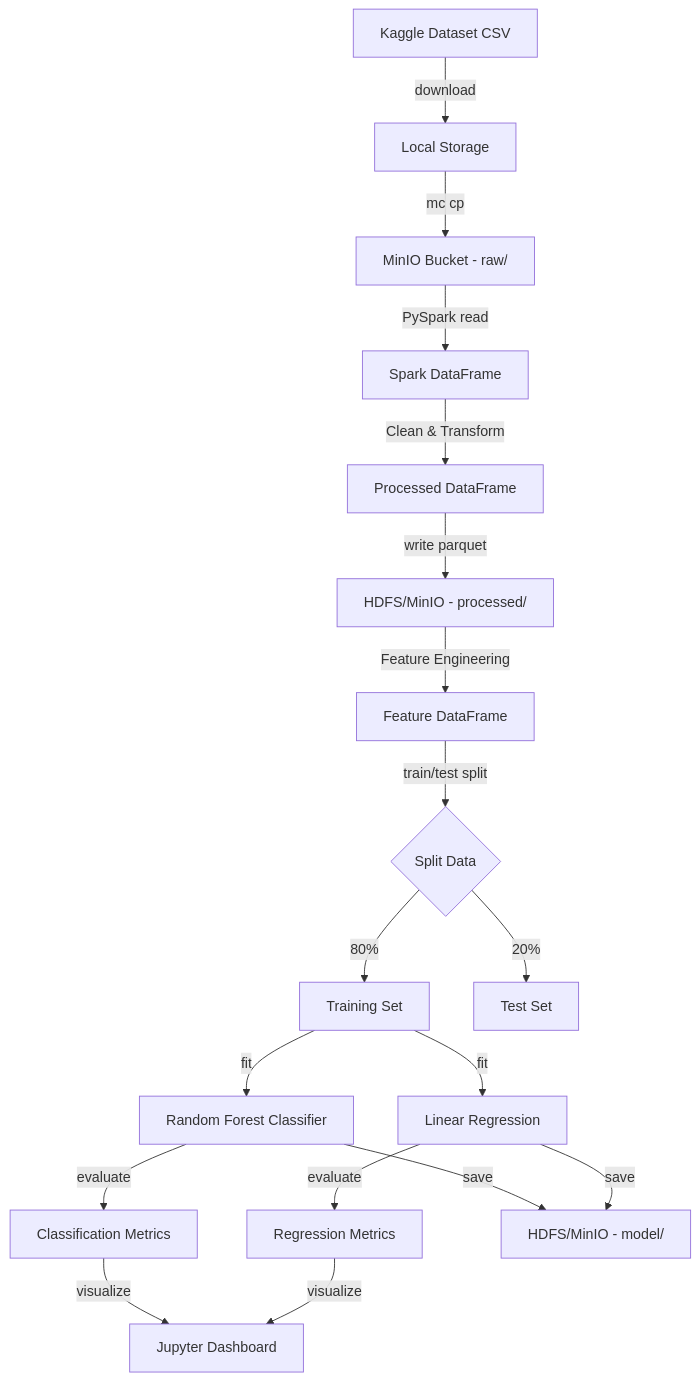
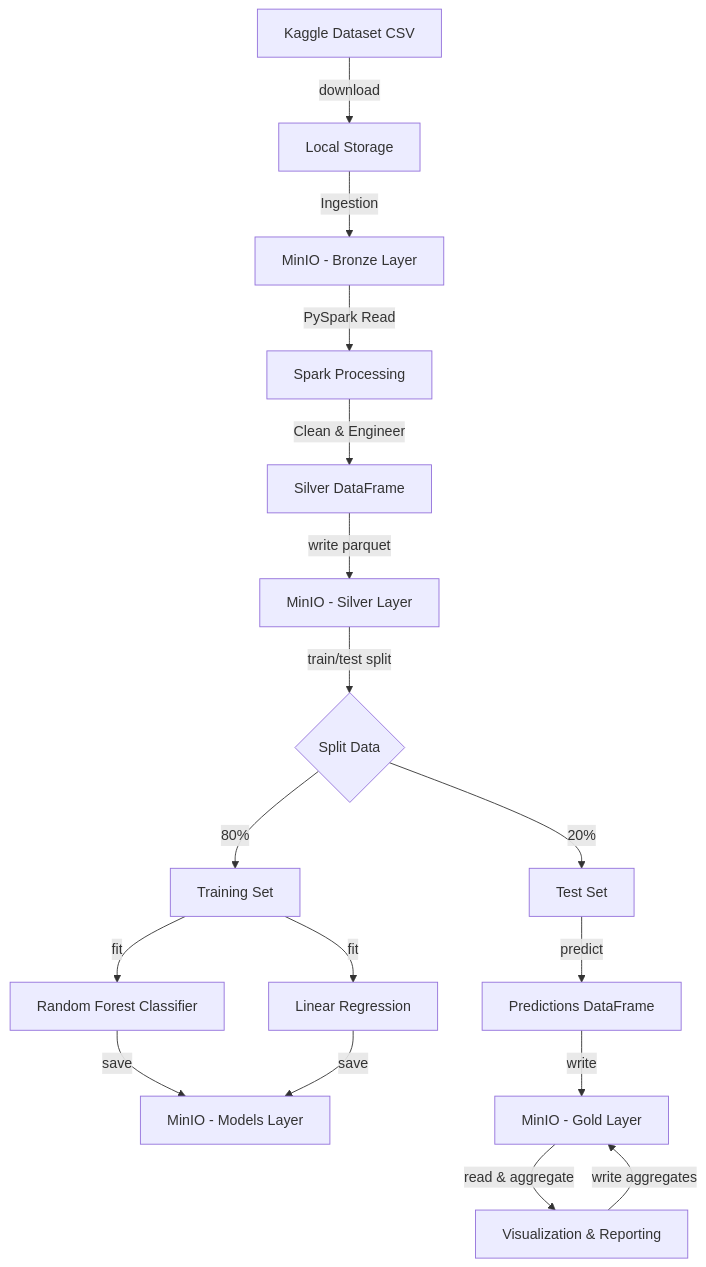
One commit to NikitaTsalis/bigdata6-marketing-analytics changed the diagram in docs/architecture.md. Above: the diagram before and after it, drawn with Mermaid. The commit also changed other lines of this file and 17 other files, not shown here.

Commit message:
feat: add visualization and reporting notebooks and pipeline scripts with spark configuration

````diff
--- a/docs/architecture.md
+++ b/docs/architecture.md
@@ -118,20 +121,19 @@
 ```mermaid
 graph TD
     A[Kaggle Dataset CSV] -->|download| B[Local Storage]
-    B -->|mc cp| C[MinIO Bucket - raw/]
-    C -->|PySpark read| D[Spark DataFrame]
-    D -->|Clean & Transform| E[Processed DataFrame]
-    E -->|write parquet| F[HDFS/MinIO - processed/]
-    F -->|Feature Engineering| G[Feature DataFrame]
-    G -->|train/test split| H{Split Data}
-    H -->|80%| I[Training Set]
-    H -->|20%| J[Test Set]
-    I -->|fit| K[Random Forest Classifier]
-    I -->|fit| L[Linear Regression]
-    K -->|evaluate| M[Classification Metrics]
-    L -->|evaluate| N[Regression Metrics]
-    K -->|save| O[HDFS/MinIO - model/]
-    L -->|save| O
-    M -->|visualize| P[Jupyter Dashboard]
-    N -->|visualize| P
+    B -->|Ingestion| C[MinIO - Bronze Layer]
+    C -->|PySpark Read| D[Spark Processing]
+    D -->|Clean & Engineer| E[Silver DataFrame]
+    E -->|write parquet| F[MinIO - Silver Layer]
+    F -->|train/test split| G{Split Data}
+    G -->|80%| H[Training Set]
+    G -->|20%| I[Test Set]
+    H -->|fit| J[Random Forest Classifier]
+    H -->|fit| K[Linear Regression]
+    J -->|save| L[MinIO - Models Layer]
+    K -->|save| L
+    I -->|predict| M[Predictions DataFrame]
+    M -->|write| N[MinIO - Gold Layer]
+    N -->|read & aggregate| O[Visualization & Reporting]
+    O -->|write aggregates| N
 ```
````
